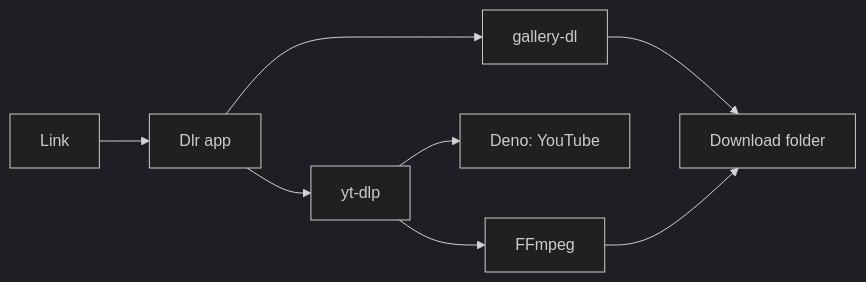
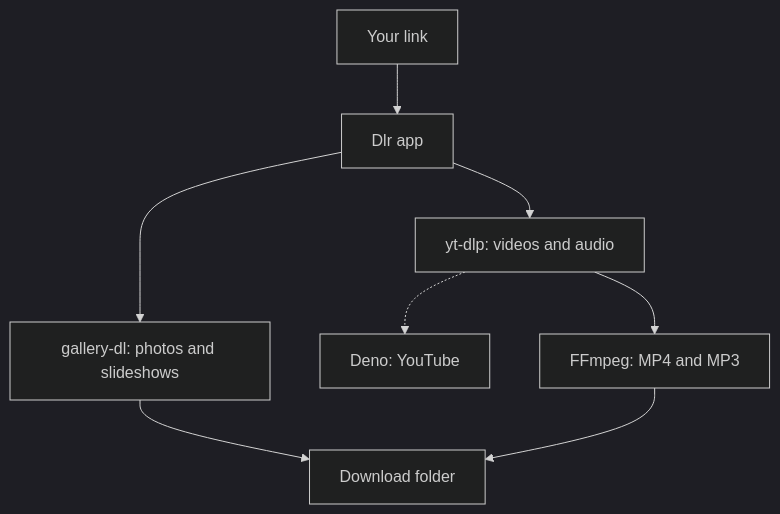
One commit to Ziad-cp/Dlr changed the diagram in README.md. Above: the diagram before and after it, drawn with Mermaid (dark theme).

Commit message:
README: top-down architecture diagram

````diff
--- a/README.md
+++ b/README.md
@@ -173,10 +173,10 @@
 ```mermaid
-flowchart LR
-    A[Link] --> B[Dlr app]
-    B --> C[yt-dlp]
-    B --> D[gallery-dl]
-    C --> G[Deno: YouTube]
-    C --> E[FFmpeg]
+flowchart TD
+    A[Your link] --> B[Dlr app]
+    B --> C[yt-dlp: videos and audio]
+    B --> D[gallery-dl: photos and slideshows]
+    C -.-> G[Deno: YouTube]
+    C --> E[FFmpeg: MP4 and MP3]
     D --> F[Download folder]
     E --> F
 ```
````
